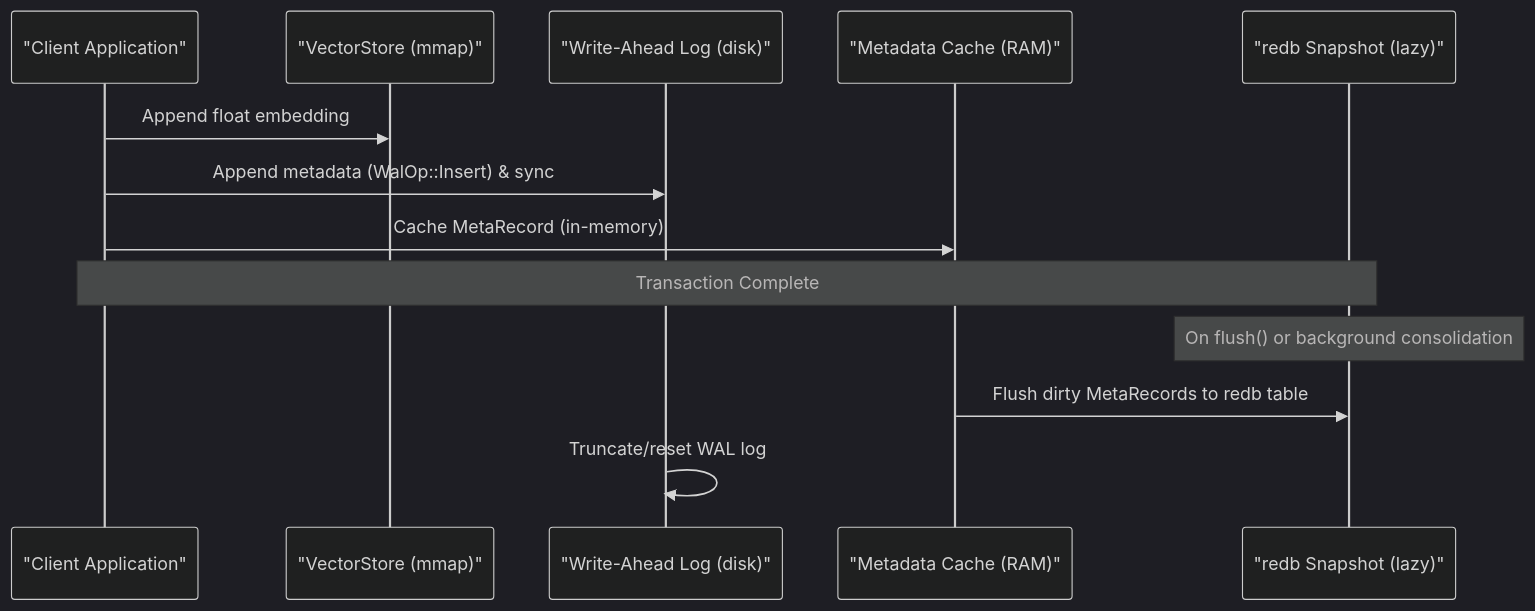
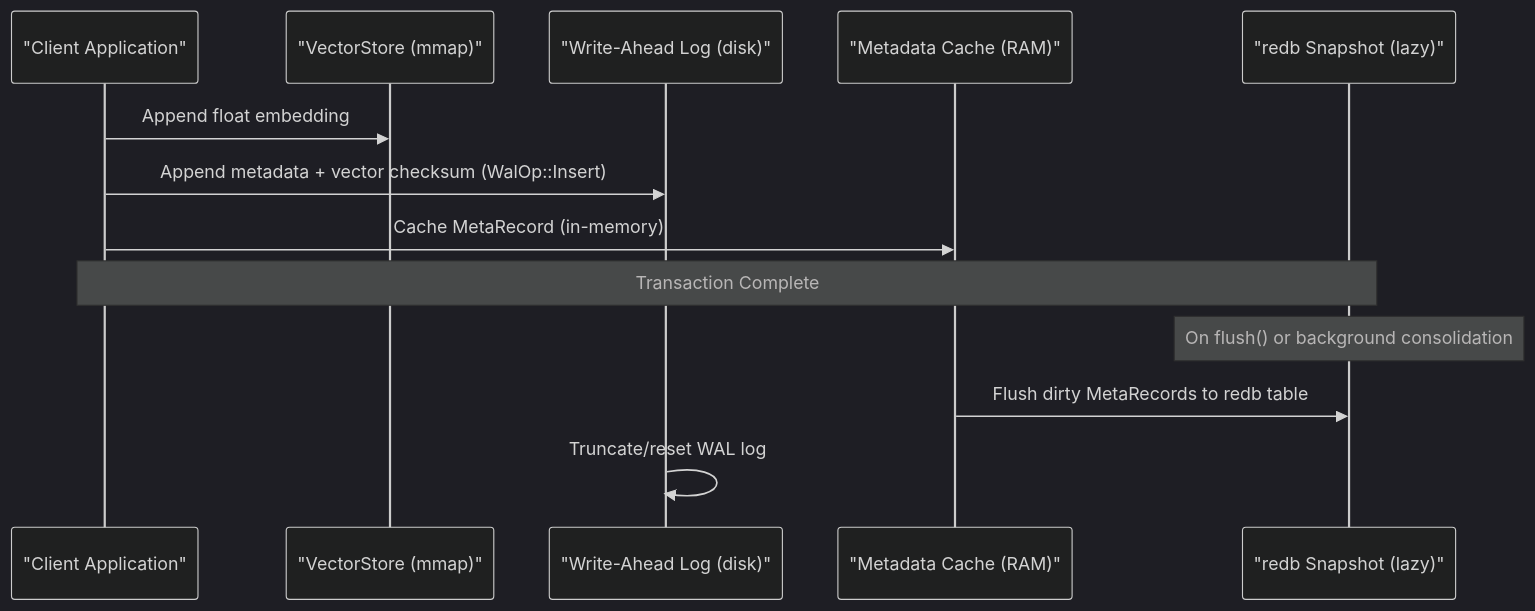
Before and after one commit to jatin711-debug/TurboSupermemory: the second of 3 diagrams in docs/storage_persistence.md, drawn with Mermaid (dark theme). The commit also changed other lines of this file and 52 other files, not shown here.

````diff
--- a/docs/storage_persistence.md
+++ b/docs/storage_persistence.md
@@ -74,16 +74,16 @@
 ```mermaid
 sequenceDiagram
     participant App as "Client Application"
     participant VS as "VectorStore (mmap)"
     participant WAL as "Write-Ahead Log (disk)"
     participant Cache as "Metadata Cache (RAM)"
     participant redb as "redb Snapshot (lazy)"
 
     App->>VS: Append float embedding
-    App->>WAL: Append metadata (WalOp::Insert) & sync
+    App->>WAL: Append metadata + vector checksum (WalOp::Insert)
     App->>Cache: Cache MetaRecord (in-memory)
     Note over App, redb: Transaction Complete
     Note over redb: On flush() or background consolidation
     Cache->>redb: Flush dirty MetaRecords to redb table
     WAL->>WAL: Truncate/reset WAL log
 ```
````
